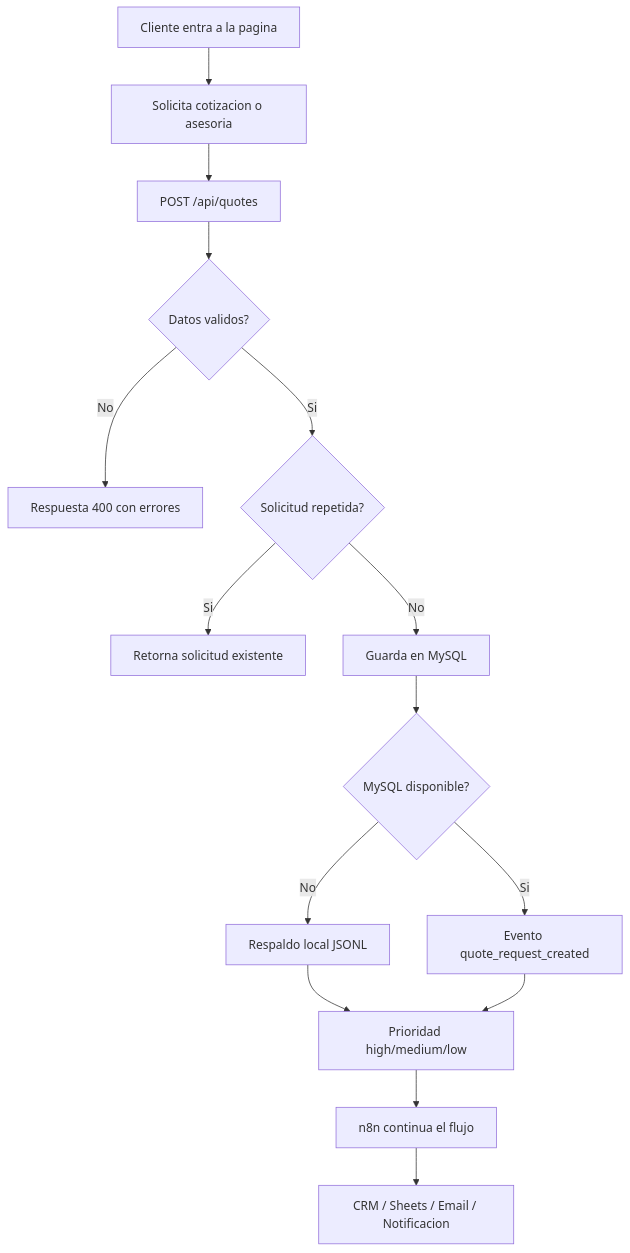
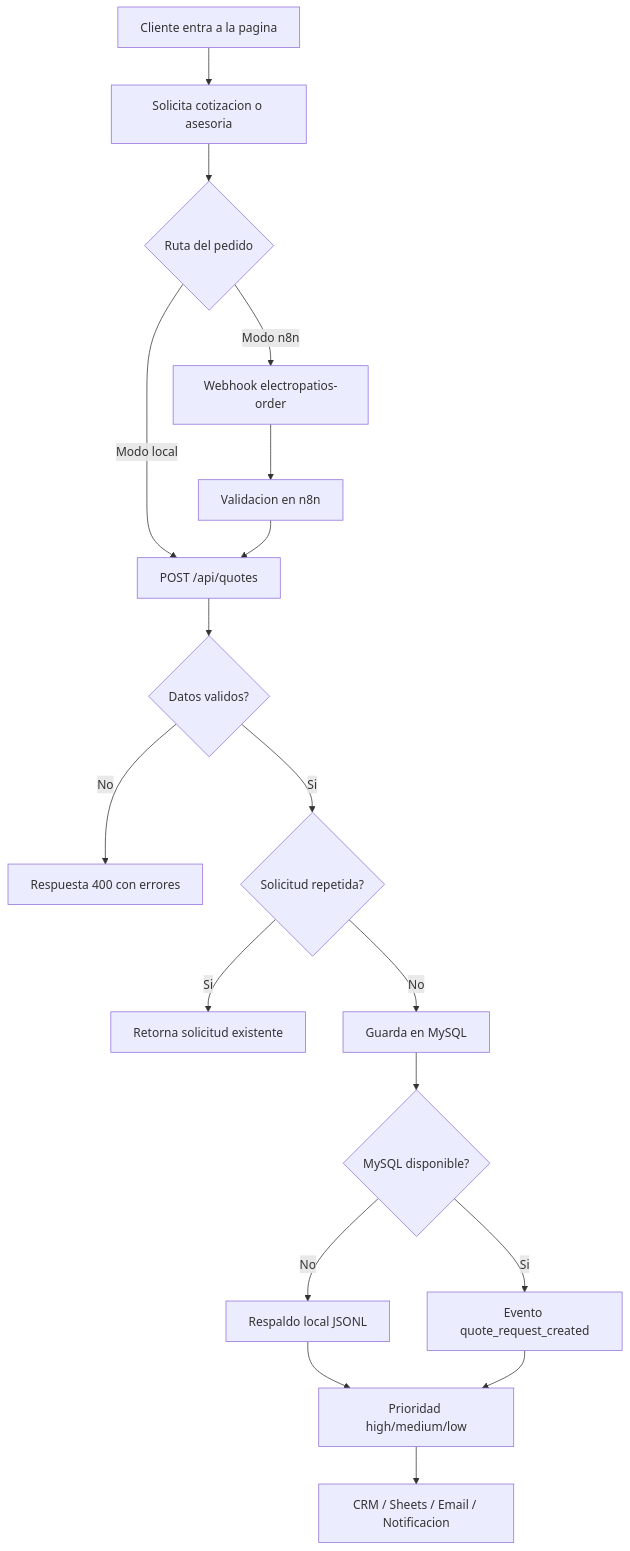
One commit to deyson24ivan/electropatios-quote-system changed the diagram in docs/architecture.md. Above: the diagram before and after it, drawn with Mermaid. The commit also changed other lines of this file and 9 other files, not shown here.

````diff
--- a/docs/architecture.md
+++ b/docs/architecture.md
@@ -7,17 +7,20 @@
 ```mermaid
 flowchart TD
   A["Cliente entra a la pagina"] --> B["Solicita cotizacion o asesoria"]
-  B --> C["POST /api/quotes"]
-  C --> D{"Datos validos?"}
-  D -- "No" --> E["Respuesta 400 con errores"]
-  D -- "Si" --> F{"Solicitud repetida?"}
-  F -- "Si" --> G["Retorna solicitud existente"]
-  F -- "No" --> H["Guarda en MySQL"]
-  H --> I{"MySQL disponible?"}
-  I -- "No" --> J["Respaldo local JSONL"]
-  I -- "Si" --> K["Evento quote_request_created"]
-  J --> L["Prioridad high/medium/low"]
-  K --> L
-  L --> M["n8n continua el flujo"]
-  M --> N["CRM / Sheets / Email / Notificacion"]
+  B --> C{"Ruta del pedido"}
+  C -- "Modo local" --> D["POST /api/quotes"]
+  C -- "Modo n8n" --> E["Webhook electropatios-order"]
+  E --> F["Validacion en n8n"]
+  F --> D
+  D --> G{"Datos validos?"}
+  G -- "No" --> H["Respuesta 400 con errores"]
+  G -- "Si" --> I{"Solicitud repetida?"}
+  I -- "Si" --> J["Retorna solicitud existente"]
+  I -- "No" --> K["Guarda en MySQL"]
+  K --> L{"MySQL disponible?"}
+  L -- "No" --> M["Respaldo local JSONL"]
+  L -- "Si" --> N["Evento quote_request_created"]
+  M --> O["Prioridad high/medium/low"]
+  N --> O
+  O --> P["CRM / Sheets / Email / Notificacion"]
 ```
````
